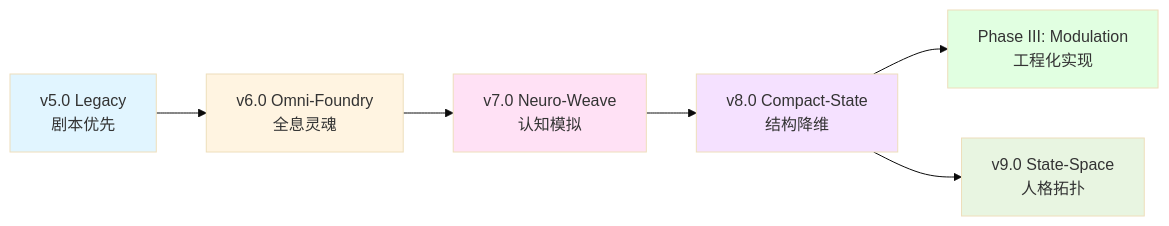
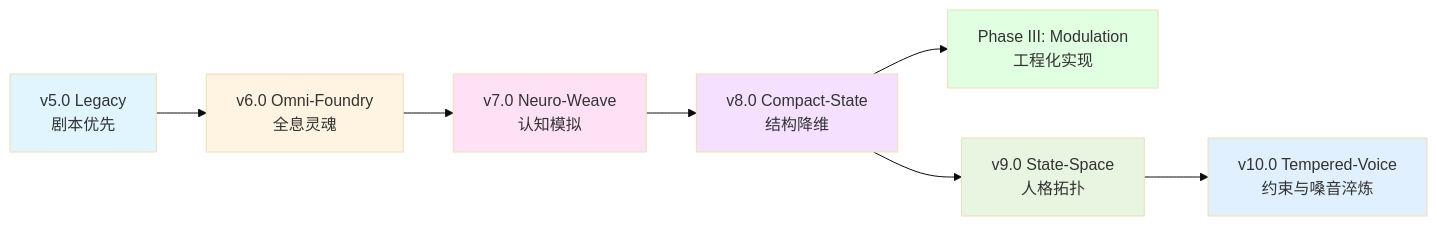
One commit to 3aKHP/Neural-Narratology changed the diagram in 02_Resonance/README.md. Above: the diagram before and after it, drawn with Mermaid (base theme). The commit also changed other lines of this file and 1 other file, not shown here.

First line of the commit message:
docs(resonance): add v10.0 Tempered-Voice to README indexes

````diff
--- a/02_Resonance/README.md
+++ b/02_Resonance/README.md
@@ -62,15 +64,17 @@
 ```mermaid
 graph LR
     A[v5.0 Legacy<br/>剧本优先] --> B[v6.0 Omni-Foundry<br/>全息灵魂]
     B --> C[v7.0 Neuro-Weave<br/>认知模拟]
     C --> D[v8.0 Compact-State<br/>结构降维]
     D --> E[Phase III: Modulation<br/>工程化实现]
     D --> F[v9.0 State-Space<br/>人格拓扑]
+    F --> G[v10.0 Tempered-Voice<br/>约束与嗓音淬炼]
     
     style A fill:#e1f5ff
     style B fill:#fff4e1
     style C fill:#ffe1f5
     style D fill:#f5e1ff
     style E fill:#e1ffe1
     style F fill:#e8f5e1
+    style G fill:#e1f0ff
 ```
````
